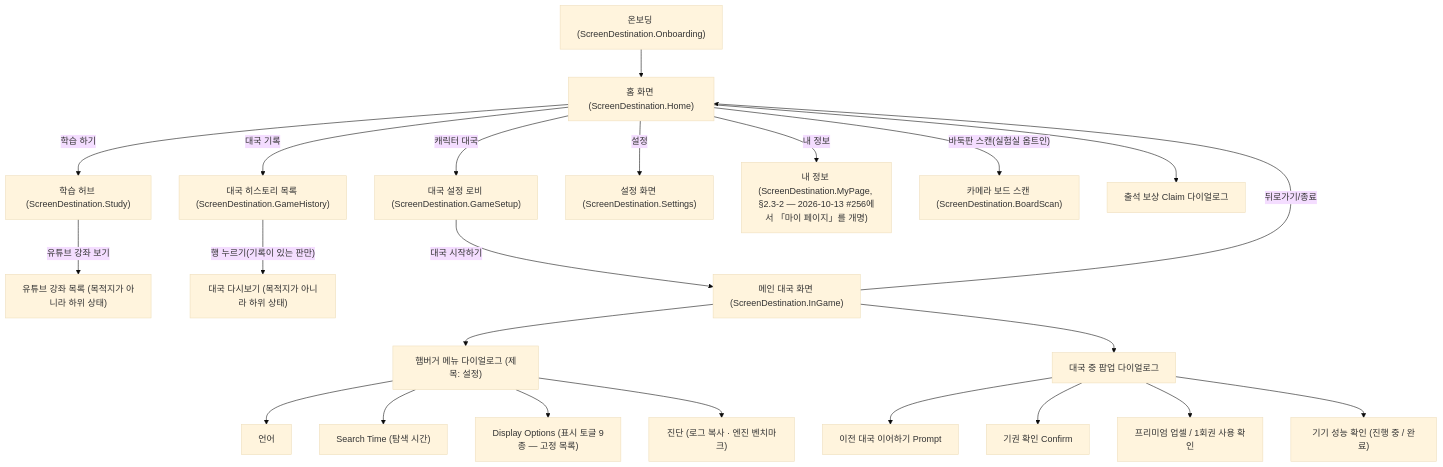
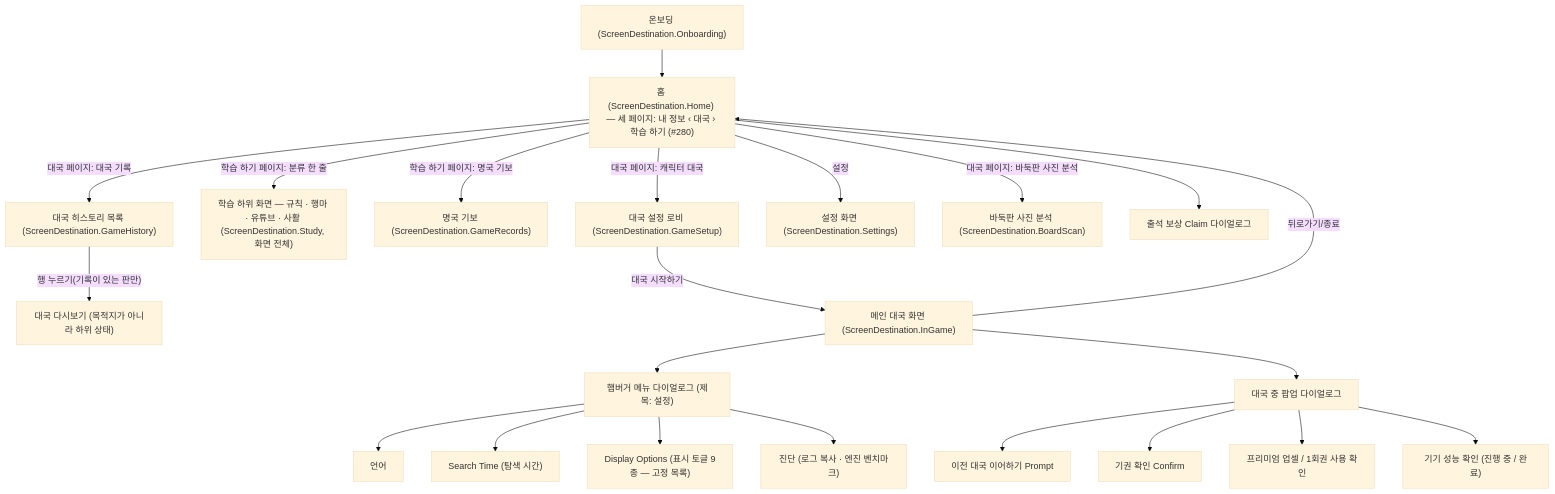
Before and after one commit to flitsky/go-ai-coach-app: the diagram in docs/spec/APP_IA_AND_UI_SPEC.md, drawn with Mermaid (base theme). The commit also changed other lines of this file and 7 other files, not shown here.

First line of the commit message:
feat(study): short names and the user's order for the 학습 하기 page (backlog #280)

````diff
--- a/docs/spec/APP_IA_AND_UI_SPEC.md
+++ b/docs/spec/APP_IA_AND_UI_SPEC.md
@@ -20,27 +21,26 @@
 ```mermaid
 graph TD
     O["온보딩 (ScreenDestination.Onboarding)"] --> A
-    A["홈 화면 (ScreenDestination.Home)"] -->|"캐릭터 대국"| B["대국 설정 로비 (ScreenDestination.GameSetup)"]
-    A -->|"학습 하기"| F["학습 허브 (ScreenDestination.Study)"]
-    F -->|"유튜브 강좌 보기"| F1["유튜브 강좌 목록 (목적지가 아니라 하위 상태)"]
-    A -->|"대국 기록"| G["대국 히스토리 목록 (ScreenDestination.GameHistory)"]
+    A["홈 (ScreenDestination.Home) — 세 페이지: 내 정보 ‹ 대국 › 학습 하기 (#280)"] -->|"대국 페이지: 캐릭터 대국"| B["대국 설정 로비 (ScreenDestination.GameSetup)"]
+    A -->|"학습 하기 페이지: 분류 한 줄"| F["학습 하위 화면 — 규칙 · 행마 · 유튜브 · 사활 (ScreenDestination.Study, 화면 전체)"]
+    A -->|"학습 하기 페이지: 명국 기보"| R["명국 기보 (ScreenDestination.GameRecords)"]
+    A -->|"대국 페이지: 대국 기록"| G["대국 히스토리 목록 (ScreenDestination.GameHistory)"]
     G -->|"행 누르기(기록이 있는 판만)"| G1["대국 다시보기 (목적지가 아니라 하위 상태)"]
     A -->|"설정"| S["설정 화면 (ScreenDestination.Settings)"]
-    A -->|"내 정보"| M["내 정보 (ScreenDestination.MyPage, §2.3-2 — 2026-10-13 #256에서 「마이 페이지」를 개명)"]
-    A -->|"바둑판 스캔(실험실 옵트인)"| BS["카메라 보드 스캔 (ScreenDestination.BoardScan)"]
+    A -->|"대국 페이지: 바둑판 사진 분석"| BS["바둑판 사진 분석 (ScreenDestination.BoardScan)"]
     B -->|"대국 시작하기"| C["메인 대국 화면 (ScreenDestination.InGame)"]
     C -->|"뒤로가기/종료"| A
 
     C --> D["햄버거 메뉴 다이얼로그 (제목: 설정)"]
     D --> D1["언어"]
     D --> D2["Search Time (탐색 시간)"]
     D --> D3["Display Options (표시 토글 9종 — 고정 목록)"]
     D --> D4["진단 (로그 복사 · 엔진 벤치마크)"]
 
     A --> P["출석 보상 Claim 다이얼로그"]
     C --> E["대국 중 팝업 다이얼로그"]
     E --> E1["이전 대국 이어하기 Prompt"]
     E --> E2["기권 확인 Confirm"]
     E --> E3["프리미엄 업셀 / 1회권 사용 확인"]
     E --> E4["기기 성능 확인 (진행 중 / 완료)"]
 ```
````
